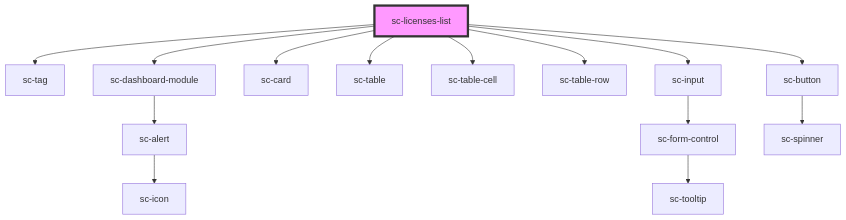
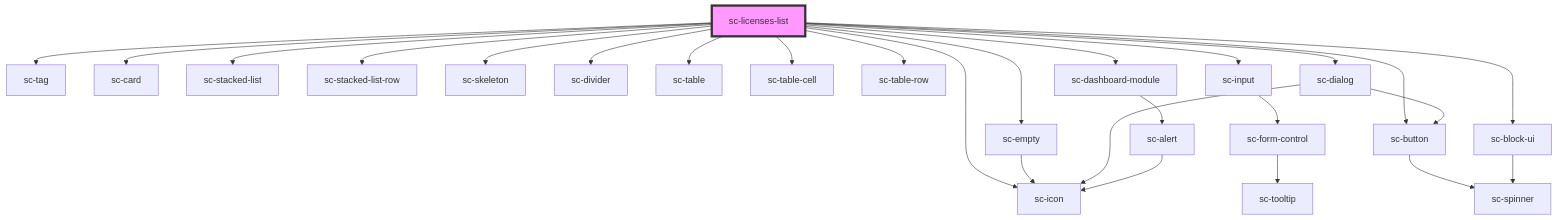
Before and after one commit to surecart/surecart-wp-plugin: the diagram in packages/components/src/components/controllers/dashboard/sc-licenses-list/readme.md, drawn with Mermaid. The commit also changed other lines of this file and 17 other files, not shown here.

Commit message:
Update the display for the licenses in the dashboard

````diff
--- a/packages/components/src/components/controllers/dashboard/sc-licenses-list/readme.md
+++ b/packages/components/src/components/controllers/dashboard/sc-licenses-list/readme.md
@@ -39,17 +47,29 @@
 ```mermaid
 graph TD;
   sc-licenses-list --> sc-tag
-  sc-licenses-list --> sc-dashboard-module
   sc-licenses-list --> sc-card
+  sc-licenses-list --> sc-stacked-list
+  sc-licenses-list --> sc-stacked-list-row
+  sc-licenses-list --> sc-skeleton
+  sc-licenses-list --> sc-divider
+  sc-licenses-list --> sc-empty
   sc-licenses-list --> sc-table
   sc-licenses-list --> sc-table-cell
   sc-licenses-list --> sc-table-row
   sc-licenses-list --> sc-input
   sc-licenses-list --> sc-button
-  sc-dashboard-module --> sc-alert
-  sc-alert --> sc-icon
+  sc-licenses-list --> sc-icon
+  sc-licenses-list --> sc-dialog
+  sc-licenses-list --> sc-dashboard-module
+  sc-licenses-list --> sc-block-ui
+  sc-empty --> sc-icon
   sc-input --> sc-form-control
   sc-form-control --> sc-tooltip
   sc-button --> sc-spinner
+  sc-dialog --> sc-button
+  sc-dialog --> sc-icon
+  sc-dashboard-module --> sc-alert
+  sc-alert --> sc-icon
+  sc-block-ui --> sc-spinner
   style sc-licenses-list fill:#f9f,stroke:#333,stroke-width:4px
 ```
````
